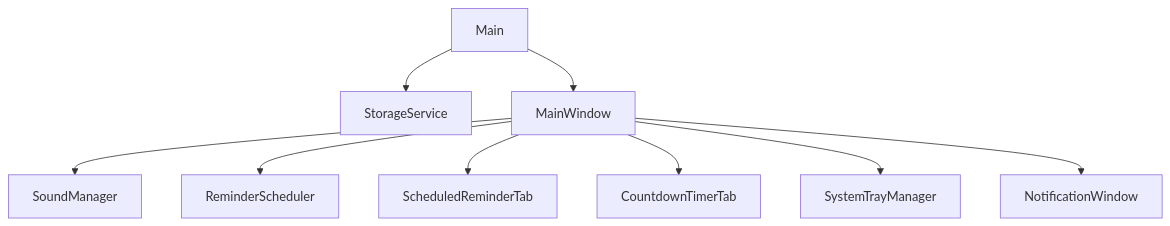
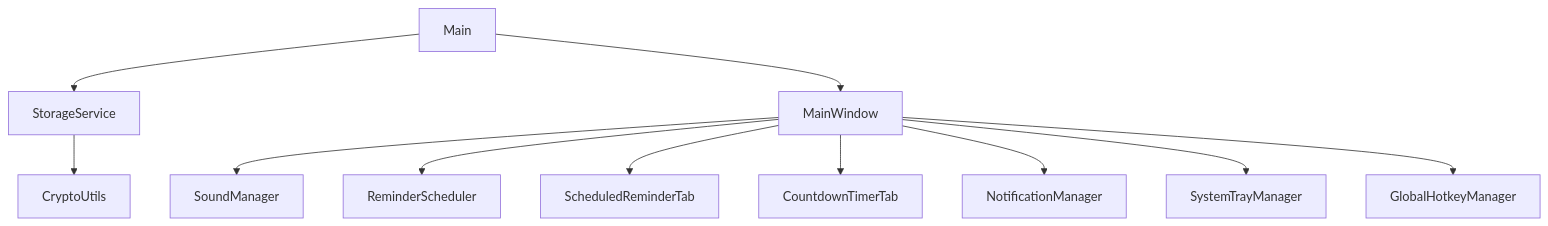
Before and after one commit to KIRAZINA/sound-reminder: the fourth of 6 diagrams in PROJECT_ARCHITECTURE.md, drawn with Mermaid. The commit also changed other lines of this file, not shown here.

Commit message:
docs: update architecture analysis after remediation phases

````diff
--- a/PROJECT_ARCHITECTURE.md
+++ b/PROJECT_ARCHITECTURE.md
@@ -706,11 +782,13 @@
 ```mermaid
 graph TD
     Main --> StorageService
     Main --> MainWindow
     MainWindow --> SoundManager
     MainWindow --> ReminderScheduler
     MainWindow --> ScheduledReminderTab
     MainWindow --> CountdownTimerTab
+    MainWindow --> NotificationManager
     MainWindow --> SystemTrayManager
-    MainWindow --> NotificationWindow
+    MainWindow --> GlobalHotkeyManager
+    StorageService --> CryptoUtils
 ```
````
